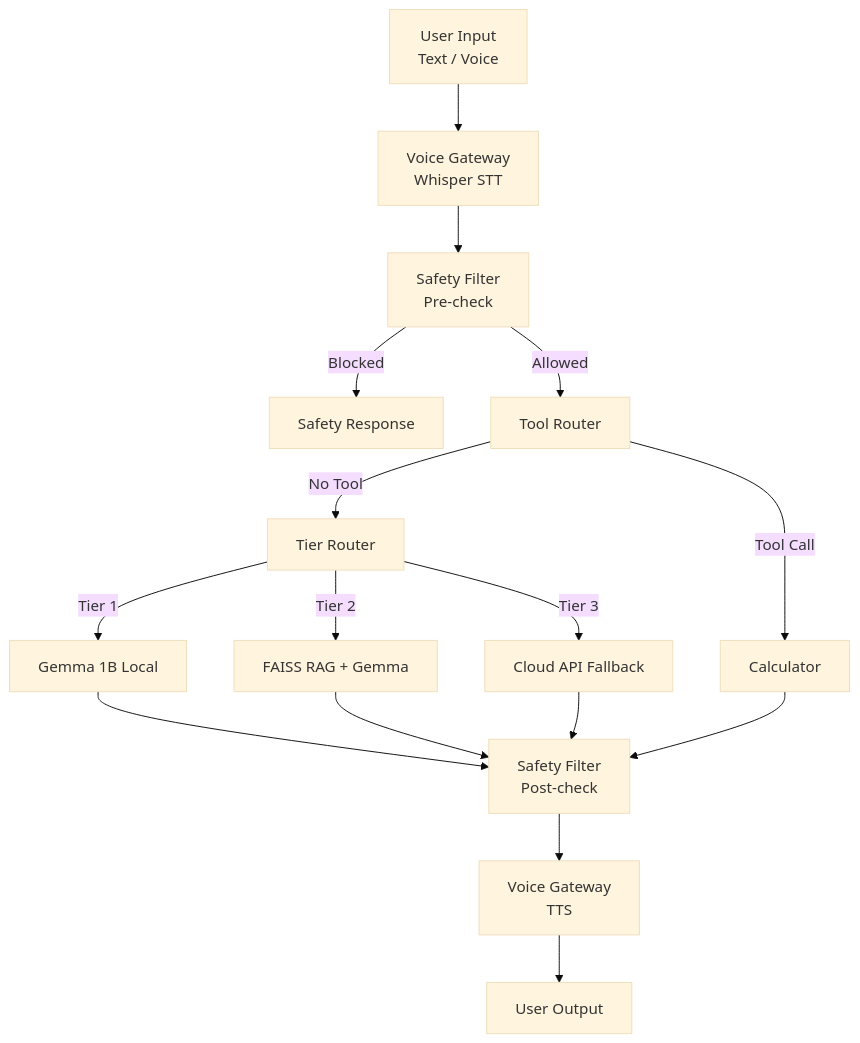
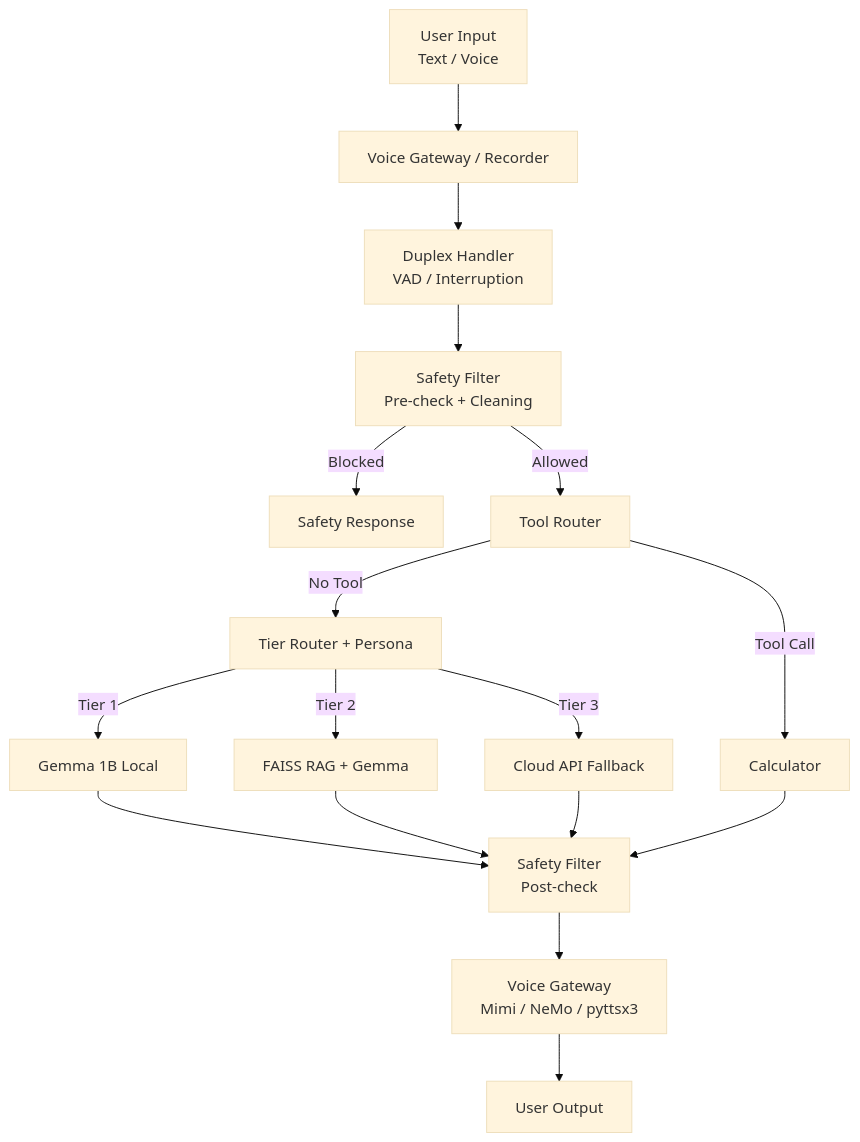
One commit to Alartist40/elara changed the diagram in Architecture.md. Above: the diagram before and after it, drawn with Mermaid (base theme). The commit also changed other lines of this file and 2 other files, not shown here.

Commit message:
Update documentation and final fixes for voice and safety features
- Updated README.md, Architecture.md, and Changelog.md to reflect new v2.2.0 features.
- Added Mimi neural TTS, full-duplex voice mode, and persona management to documentation.
- Documented standalone RAG fallback and enhanced safety filter logic.
- Ensured consistency between codebase and architectural diagrams.
- Refined VoiceGateway to support compatibility alias for synthesize().
- Integrated voice interaction into main application loop correctly.

````diff
--- a/Architecture.md
+++ b/Architecture.md
@@ -5,22 +5,23 @@
 ```mermaid
 graph TD
-    A[User Input<br/>Text / Voice] --> B[Voice Gateway<br/>Whisper STT]
-    B --> C[Safety Filter<br/>Pre-check]
-    C -->|Blocked| X[Safety Response]
-    C -->|Allowed| D[Tool Router]
+    A[User Input<br/>Text / Voice] --> B[Voice Gateway / Recorder]
+    B --> C[Duplex Handler<br/>VAD / Interruption]
+    C --> D[Safety Filter<br/>Pre-check + Cleaning]
+    D -->|Blocked| X[Safety Response]
+    D -->|Allowed| E[Tool Router]
 
-    D -->|Tool Call| E[Calculator]
-    D -->|No Tool| F[Tier Router]
+    E -->|Tool Call| F[Calculator]
+    E -->|No Tool| G[Tier Router + Persona]
 
-    F -->|Tier 1| G[Gemma 1B Local]
-    F -->|Tier 2| H[FAISS RAG + Gemma]
-    F -->|Tier 3| I[Cloud API Fallback]
+    G -->|Tier 1| H[Gemma 1B Local]
+    G -->|Tier 2| I[FAISS RAG + Gemma]
+    G -->|Tier 3| J[Cloud API Fallback]
 
-    G --> J[Safety Filter<br/>Post-check]
-    H --> J
-    I --> J
-    E --> J
+    H --> K[Safety Filter<br/>Post-check]
+    I --> K
+    J --> K
+    F --> K
 
-    J --> K[Voice Gateway<br/>TTS]
-    K --> L[User Output]
+    K --> L[Voice Gateway<br/>Mimi / NeMo / pyttsx3]
+    L --> M[User Output]
 ```
````
